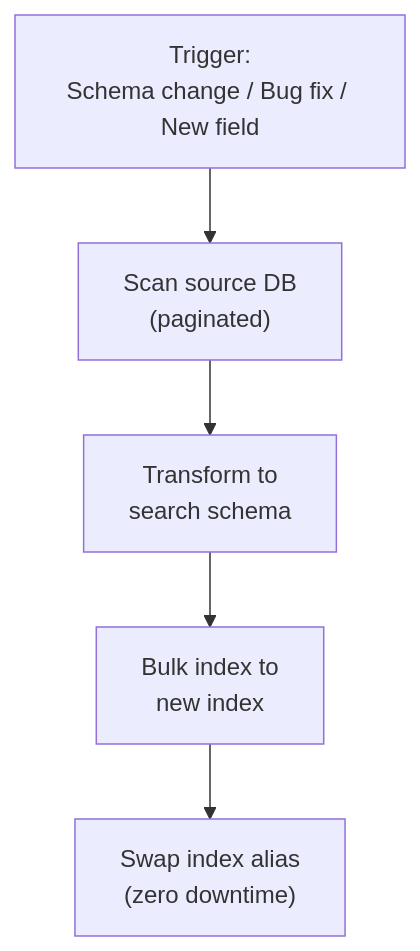
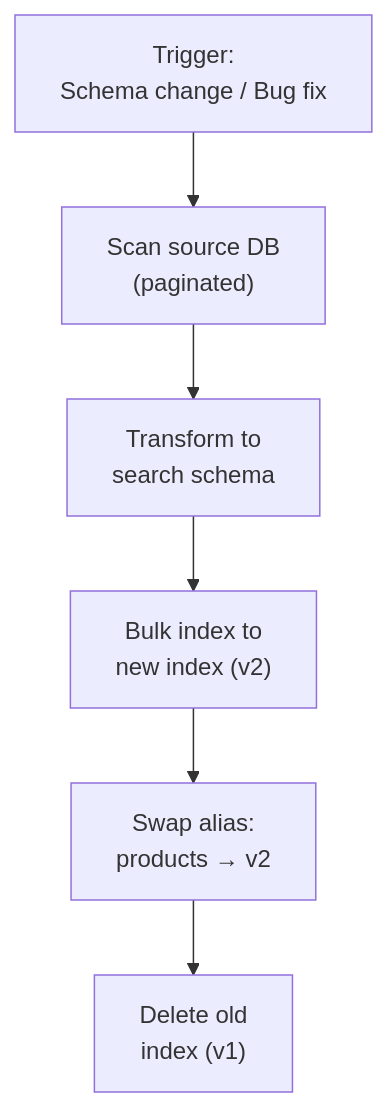
One commit to calmrocks/system-design-dive-deep changed the second of 4 diagrams in Sessions/Search System/Search System.md. Above: the diagram before and after it, drawn with Mermaid. The commit also changed other lines of this file and 1 other file, not shown here.

```diff
--- a/Sessions/Search System/Search System.md
+++ b/Sessions/Search System/Search System.md
@@ -142,8 +441,9 @@
 ~~~mermaid
 flowchart TB
-    TRIGGER["Trigger:<br/>Schema change / Bug fix / New field"] 
+    TRIGGER["Trigger:<br/>Schema change / Bug fix"] 
     --> SCAN["Scan source DB<br/>(paginated)"]
     --> TRANSFORM["Transform to<br/>search schema"]
-    --> BULK["Bulk index to<br/>new index"]
-    --> ALIAS["Swap index alias<br/>(zero downtime)"]
+    --> BULK["Bulk index to<br/>new index (v2)"]
+    --> ALIAS["Swap alias:<br/>products → v2"]
+    --> DELETE["Delete old<br/>index (v1)"]
 ~~~
```
